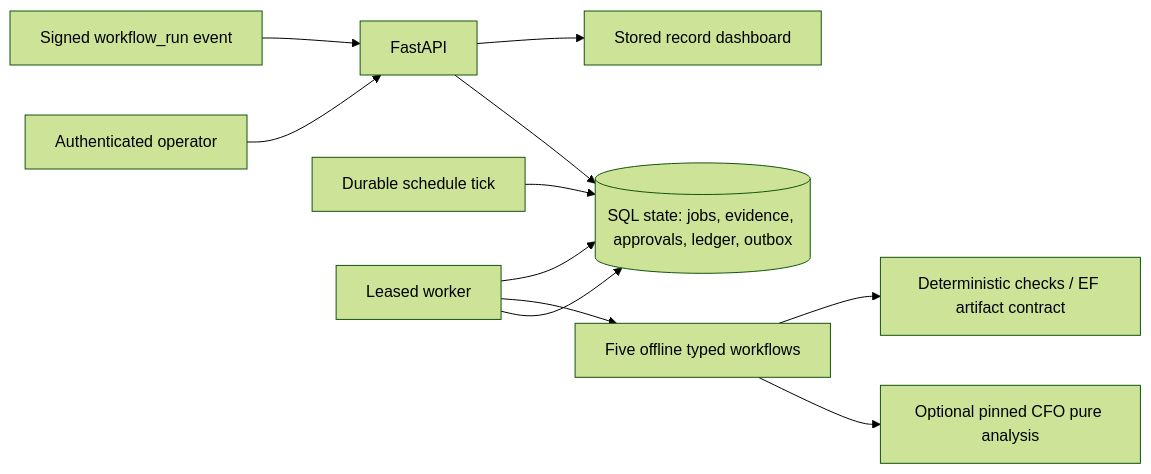
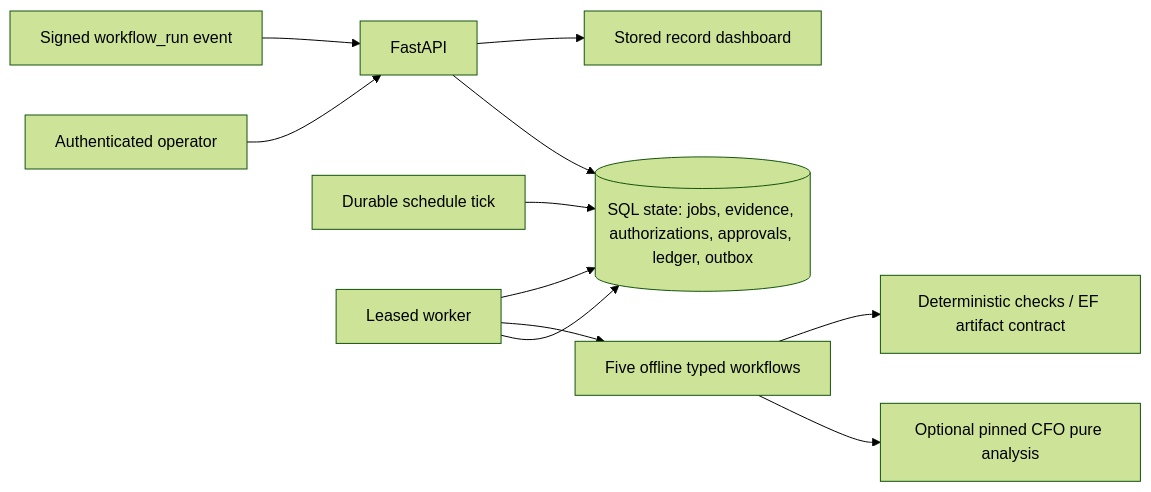
Before and after one commit to Kozphy/ai-company-os: the diagram in docs/ARCHITECTURE.md, drawn with Mermaid (forest theme). The commit also changed other lines of this file and 16 other files, not shown here.

````diff
--- a/docs/ARCHITECTURE.md
+++ b/docs/ARCHITECTURE.md
@@ -6,13 +6,13 @@
 ```mermaid
 flowchart LR
   Client[Authenticated operator] --> API[FastAPI]
   GitHub[Signed workflow_run event] --> API
-  API --> SQL[(SQL state: jobs, evidence, approvals, ledger, outbox)]
+  API --> SQL[(SQL state: jobs, evidence, authorizations, approvals, ledger, outbox)]
   Scheduler[Durable schedule tick] --> SQL
   Worker[Leased worker] --> SQL
   Worker --> Agents[Five offline typed workflows]
   Agents --> CFO[Optional pinned CFO pure analysis]
   Agents --> Evaluation[Deterministic checks / EF artifact contract]
   Worker --> SQL
   API --> UI[Stored record dashboard]
 ```
````
